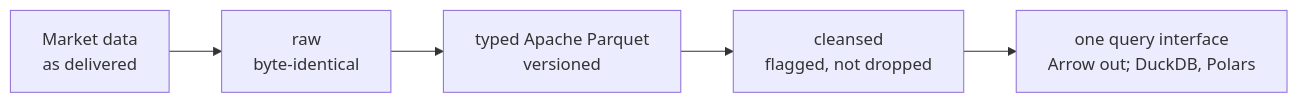
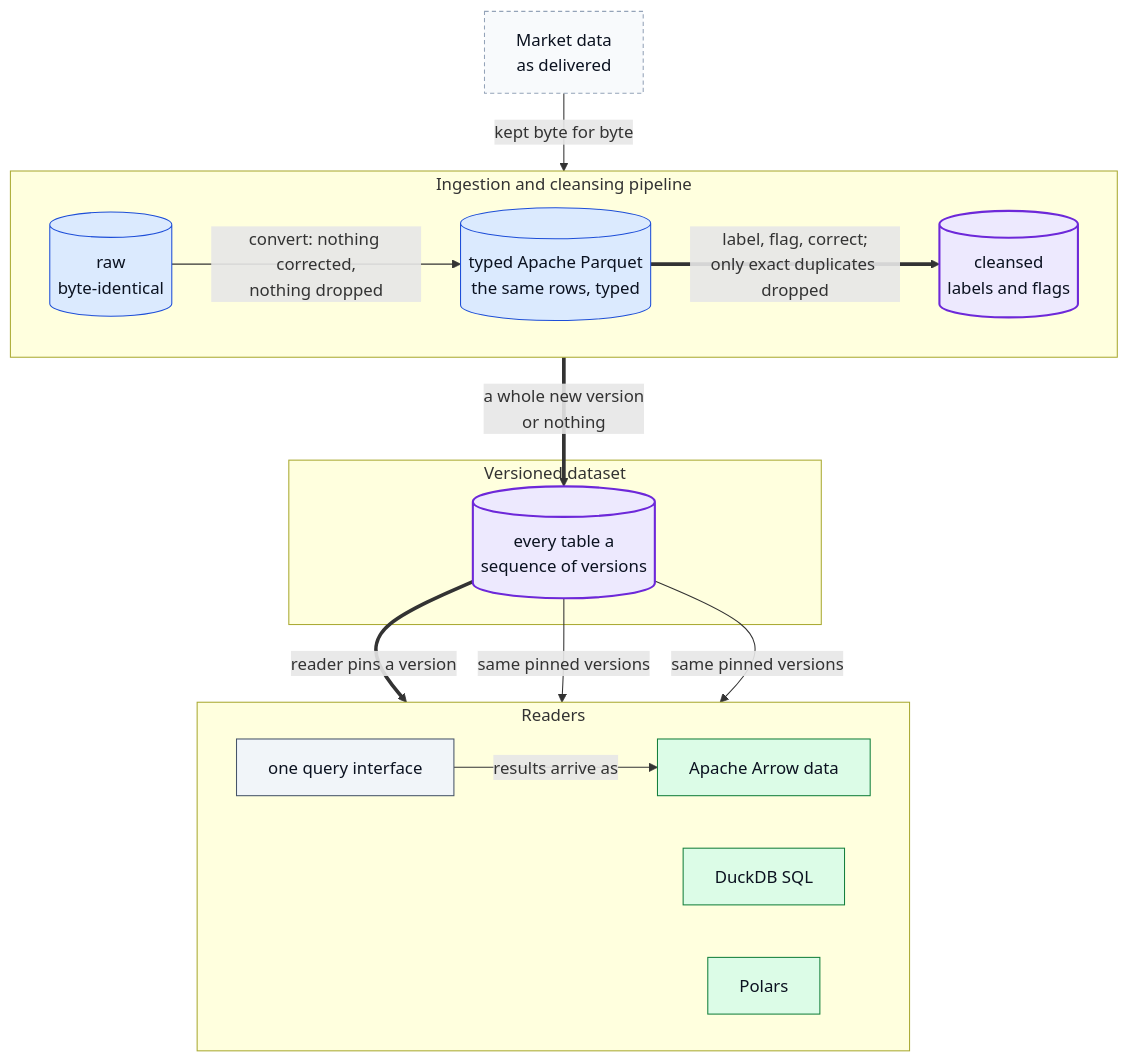
One commit to hihihhi/qts-platform-showcase changed the first of 2 diagrams in README.md. Above: the diagram before and after it, drawn with Mermaid. The commit also changed other lines of this file and 4 other files, not shown here.

First line of the commit message:
docs: add overview and mechanism diagrams with an index

````diff
--- a/README.md
+++ b/README.md
@@ -12,7 +12,39 @@
 ```mermaid
-flowchart LR
-    src["Market data<br/>as delivered"] --> raw["raw<br/>byte-identical"]
-    raw --> tab["typed Apache Parquet<br/>versioned"]
-    tab --> cln["cleansed<br/>flagged, not dropped"]
-    cln --> iface["one query interface<br/>Arrow out; DuckDB, Polars"]
+flowchart TB
+    src["Market data<br/>as delivered"]
+    subgraph pipe["Ingestion and cleansing pipeline"]
+        direction LR
+        raw[("raw<br/>byte-identical")]
+        tab[("typed Apache Parquet<br/>the same rows, typed")]
+        cln[("cleansed<br/>labels and flags")]
+    end
+    subgraph ds["Versioned dataset"]
+        ver[("every table a<br/>sequence of versions")]
+    end
+    subgraph rd["Readers"]
+        direction LR
+        api["one query interface"]
+        arrow["Apache Arrow data"]
+        duck["DuckDB SQL"]
+        pol["Polars"]
+    end
+    src -->|"kept byte for byte"| raw
+    raw -->|"convert: nothing corrected,<br/>nothing dropped"| tab
+    tab ==>|"label, flag, correct;<br/>only exact duplicates dropped"| cln
+    cln ==>|"a whole new version<br/>or nothing"| ver
+    ver ==>|"reader pins a version"| api
+    api -->|"results arrive as"| arrow
+    ver -->|"same pinned versions"| duck
+    ver -->|"same pinned versions"| pol
+    classDef data fill:#dbeafe,stroke:#1d4ed8,color:#0b1220
+    classDef step fill:#f1f5f9,stroke:#475569,color:#0b1220
+    classDef gate fill:#fef3c7,stroke:#b45309,color:#0b1220
+    classDef out  fill:#dcfce7,stroke:#15803d,color:#0b1220
+    classDef ext  fill:#f8fafc,stroke:#94a3b8,color:#0b1220,stroke-dasharray:4 3
+    classDef key  fill:#ede9fe,stroke:#6d28d9,color:#0b1220,stroke-width:2px
+    class src ext
+    class raw,tab data
+    class cln,ver key
+    class api step
+    class arrow,duck,pol out
 ```
````
